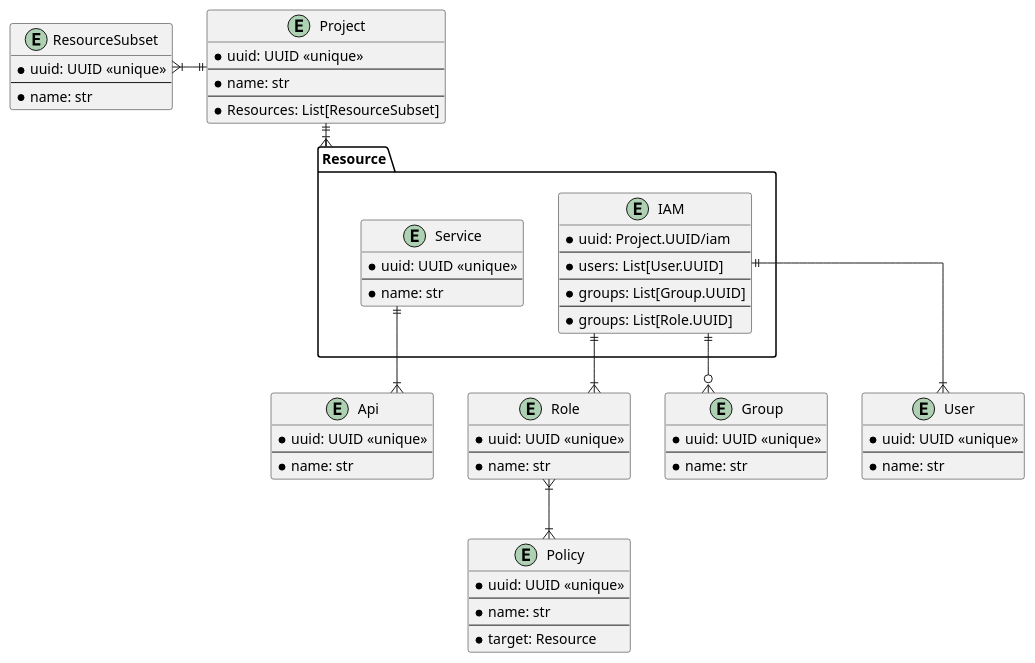
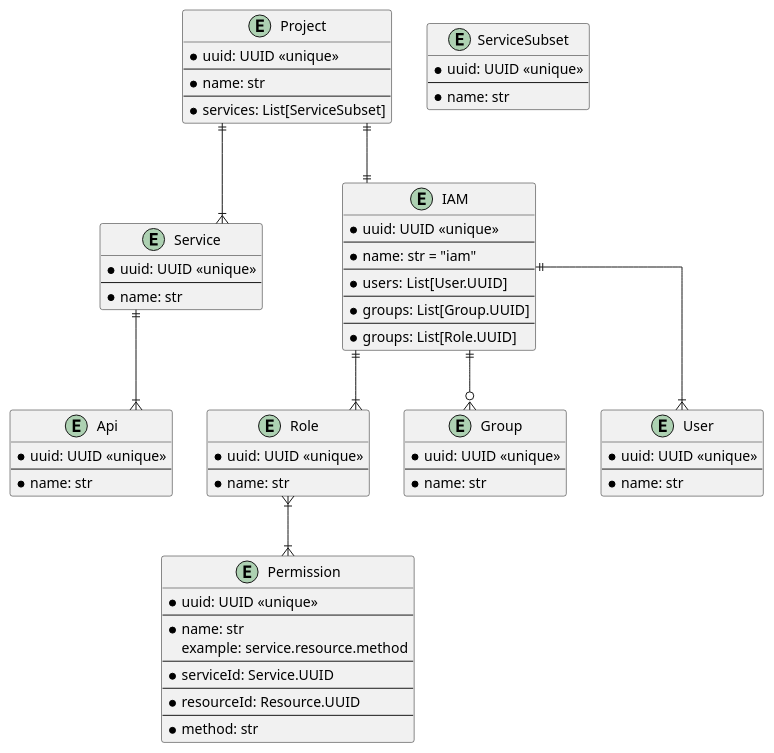
One commit to nkoguchiDev/iam changed the diagram in app/backend/er_image/app.puml. Above: the diagram before and after it, drawn with PlantUML.

```diff
--- a/app/backend/er_image/app.puml
+++ b/app/backend/er_image/app.puml
@@ -1,76 +1,83 @@
 @startuml
 skinparam linetype ortho
 
 entity Project {
   * uuid: UUID <<unique>>
   --
   * name: str
   --
-  * Resources: List[ResourceSubset]
+  * services: List[ServiceSubset]
 }
 
-entity ResourceSubset {
+entity ServiceSubset {
   * uuid: UUID <<unique>>
   --
   * name: str
 }
 
-entity Resource.Service {
+entity Service {
   * uuid: UUID <<unique>>
   --
   * name: str
 }
 
 entity Api {
   * uuid: UUID <<unique>>
   --
   * name: str
 }
 
-entity Resource.IAM {
-  * uuid: Project.UUID/iam
+entity IAM {
+  * uuid: UUID <<unique>>
+  --
+  * name: str = "iam"
   --
   * users: List[User.UUID]
   --
   * groups: List[Group.UUID]
   --
   * groups: List[Role.UUID]
 }
 
 entity Role {
   * uuid: UUID <<unique>>
   --
   * name: str
 }
 
-entity Policy {
+entity Permission {
   * uuid: UUID <<unique>>
   --
   * name: str
+  example: service.resource.method
   --
-  * target: Resource
+  * serviceId: Service.UUID
+  --
+  * resourceId: Resource.UUID
+  --
+  * method: str
 }
 
 entity Group {
   * uuid: UUID <<unique>>
   --
   * name: str
 }
 
 entity User {
   * uuid: UUID <<unique>>
   --
   * name: str
 }
 
-Project ||--|{ Resource
-Project ||-left-|{ ResourceSubset
+Project ||--|{ Service
+Project ||--|| IAM
 
 Service ||--|{ Api
 
 IAM ||--|{ Role
 IAM ||--o{ Group
 IAM ||--|{ User
-Role }|--|{ Policy
+Role }|--|{ Permission
 
 @enduml
```
